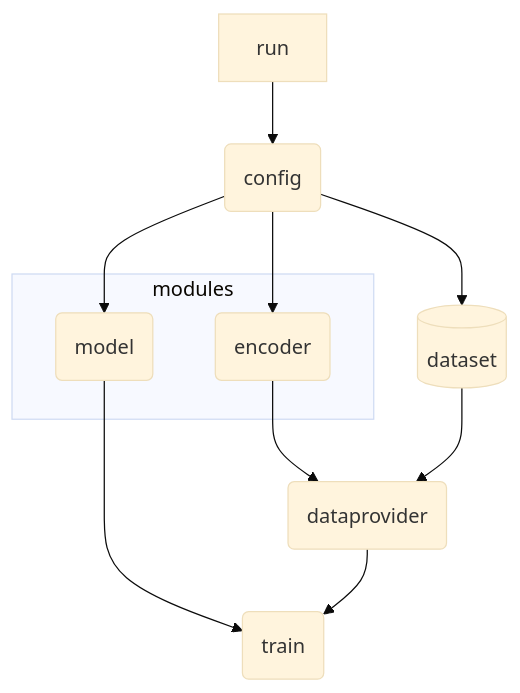
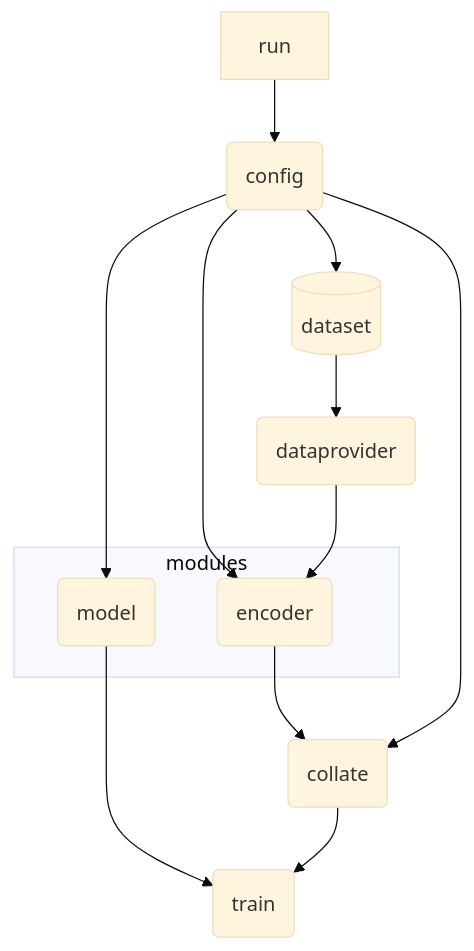
One commit to daylight-00/PREpiBind changed the diagram in train/README.md. Above: the diagram before and after it, drawn with Mermaid (base theme).

````diff
--- a/train/README.md
+++ b/train/README.md
@@ -3,17 +3,19 @@
 ```mermaid
 flowchart TD
     A[run] --> B(config)
     B --> D(model)
     B --> E(encoder)
 
     subgraph modules
     D
     E
     end
     
     B --> X[(dataset)]
     X --> C(dataprovider)
-    E --> C
+    C --> E
     D --> F(train)
-    C --> F
+    E --> G(collate)
+    B --> G
+    G --> F
 ```
````
